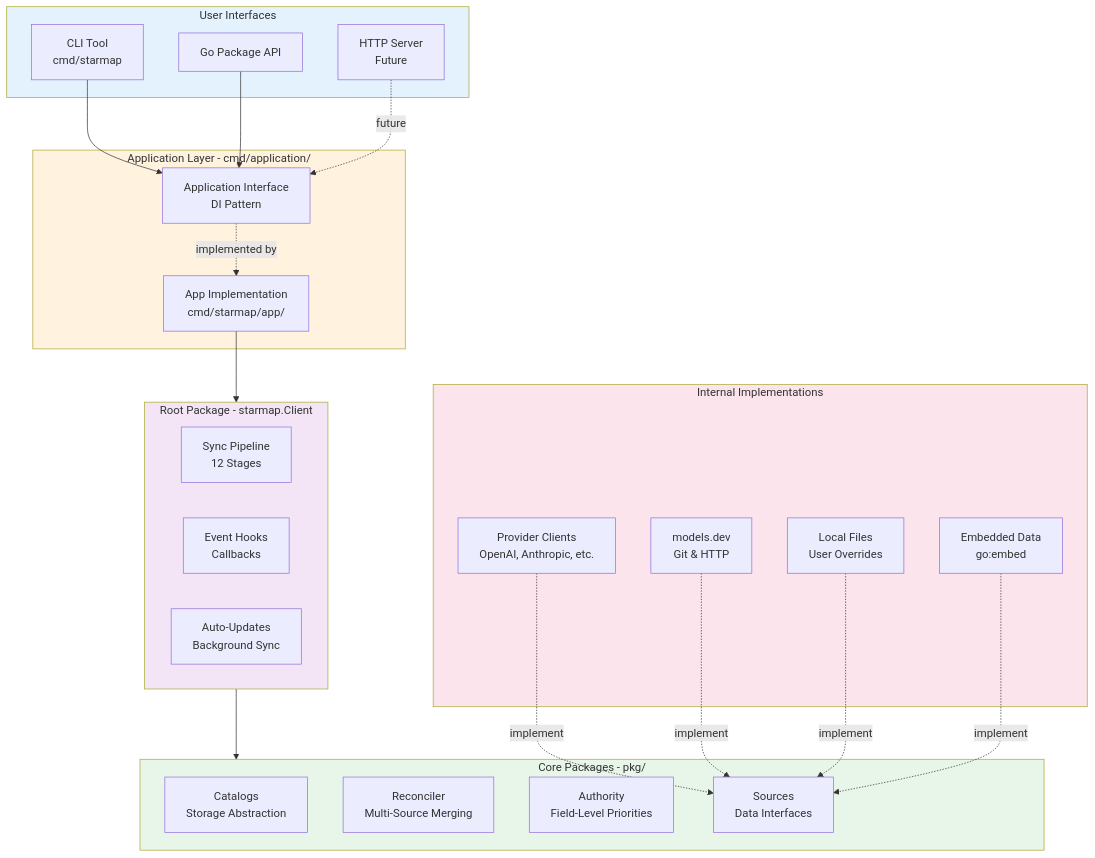
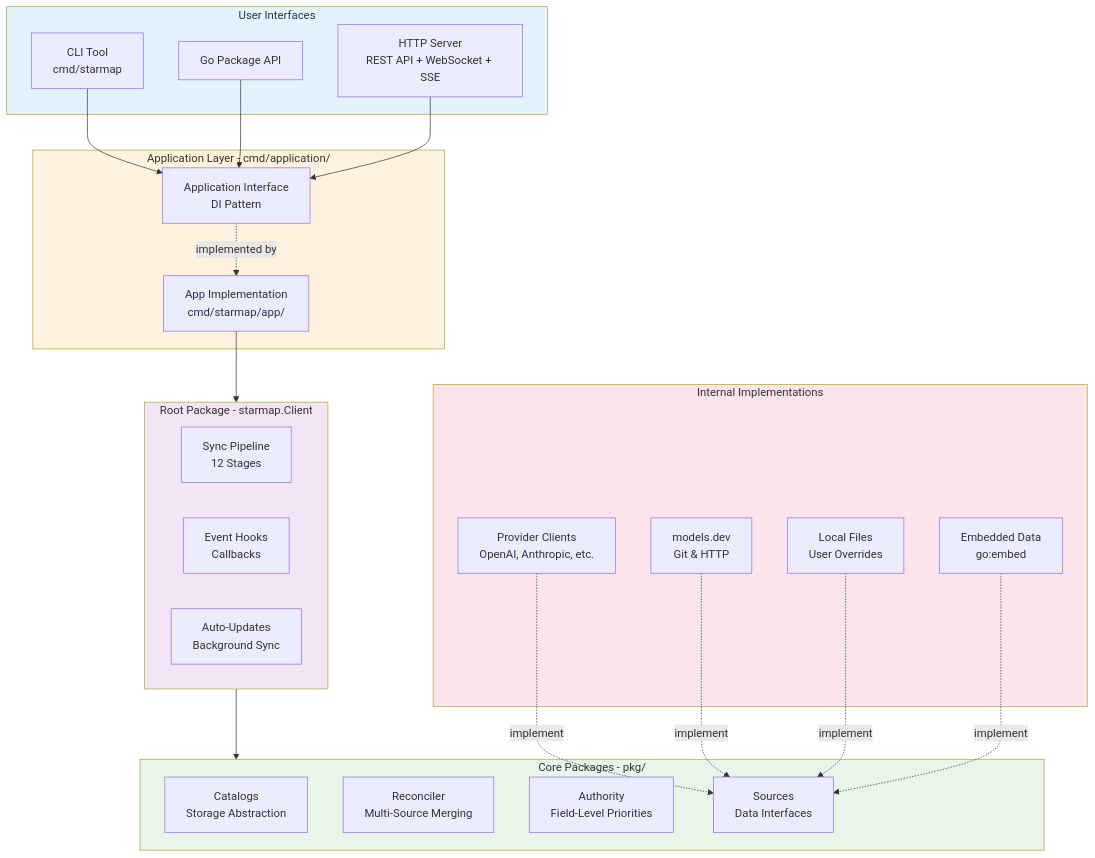
The first of 8 diagrams in ARCHITECTURE.md (agentstation/starmap), drawn with Mermaid before and after one commit. The commit also changed other lines of this file and 8 other files, not shown here.

````diff
--- a/ARCHITECTURE.md
+++ b/ARCHITECTURE.md
@@ -35,47 +35,47 @@
 ```mermaid
 graph TB
     subgraph UI["User Interfaces"]
         CLI[CLI Tool<br/>cmd/starmap]
         GO[Go Package API]
-        HTTP[HTTP Server<br/>Future]
+        HTTP[HTTP Server<br/>REST API + WebSocket + SSE]
     end
 
     subgraph APP["Application Layer - cmd/application/"]
         APPIF[Application Interface<br/>DI Pattern]
         APPIMPL[App Implementation<br/>cmd/starmap/app/]
     end
 
     subgraph ROOT["Root Package - starmap.Client"]
         SYNC[Sync Pipeline<br/>12 Stages]
         HOOKS[Event Hooks<br/>Callbacks]
         AUTO[Auto-Updates<br/>Background Sync]
     end
 
     subgraph CORE["Core Packages - pkg/"]
         CAT[Catalogs<br/>Storage Abstraction]
         REC[Reconciler<br/>Multi-Source Merging]
         AUTH[Authority<br/>Field-Level Priorities]
         SOURCES[Sources<br/>Data Interfaces]
     end
 
     subgraph IMPL["Internal Implementations"]
         EMBED[Embedded Data<br/>go:embed]
         PROVS[Provider Clients<br/>OpenAI, Anthropic, etc.]
         MODELS[models.dev<br/>Git & HTTP]
         LOCAL[Local Files<br/>User Overrides]
     end
 
     CLI --> APPIF
     GO --> APPIF
-    HTTP -.future.-> APPIF
+    HTTP --> APPIF
     APPIF -.implemented by.-> APPIMPL
     APPIMPL --> ROOT
     ROOT --> CORE
     PROVS & MODELS & LOCAL & EMBED -.implement.-> SOURCES
 
     style UI fill:#e3f2fd
     style APP fill:#fff3e0
     style ROOT fill:#f3e5f5
     style CORE fill:#e8f5e9
     style IMPL fill:#fce4ec
 ```
````
